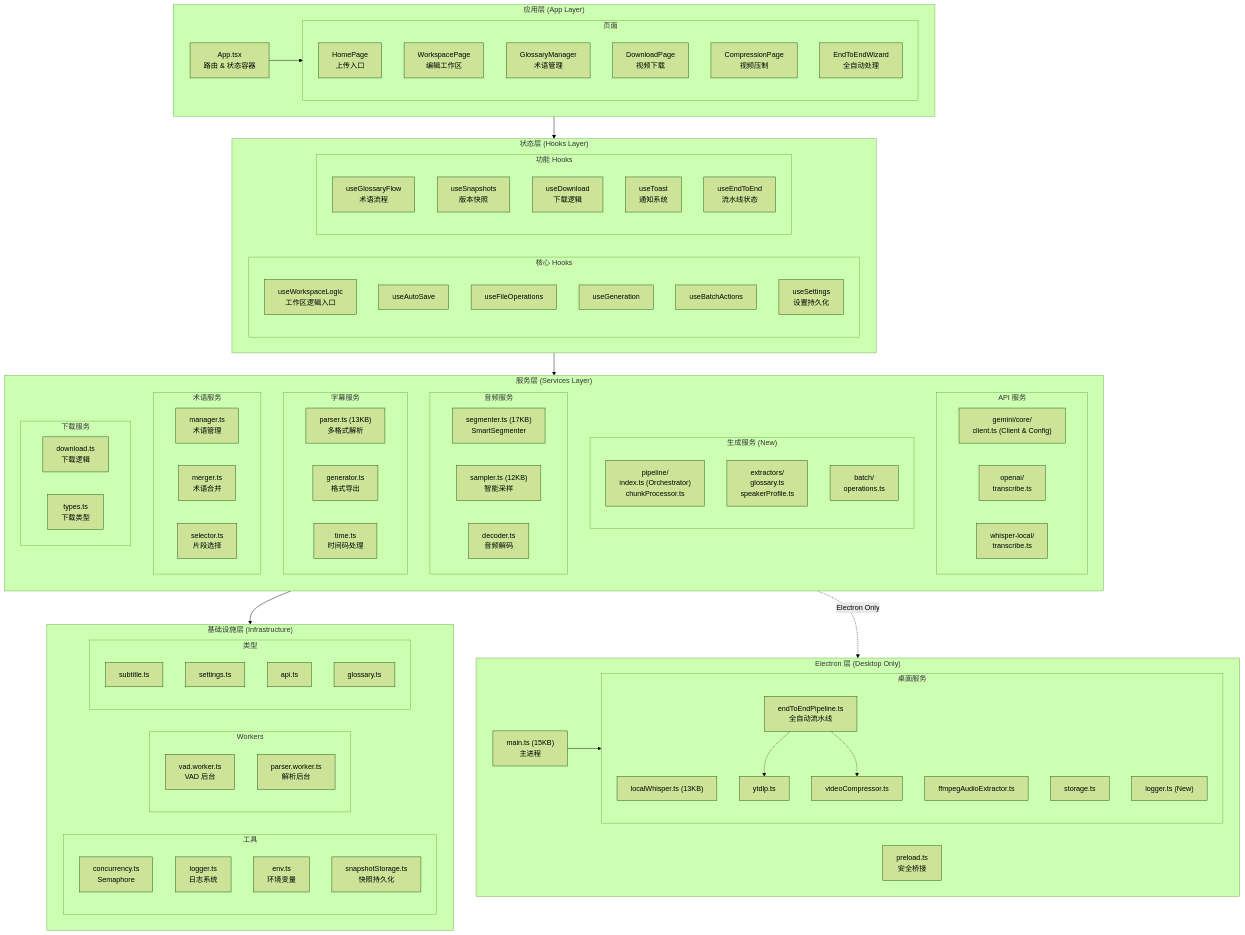
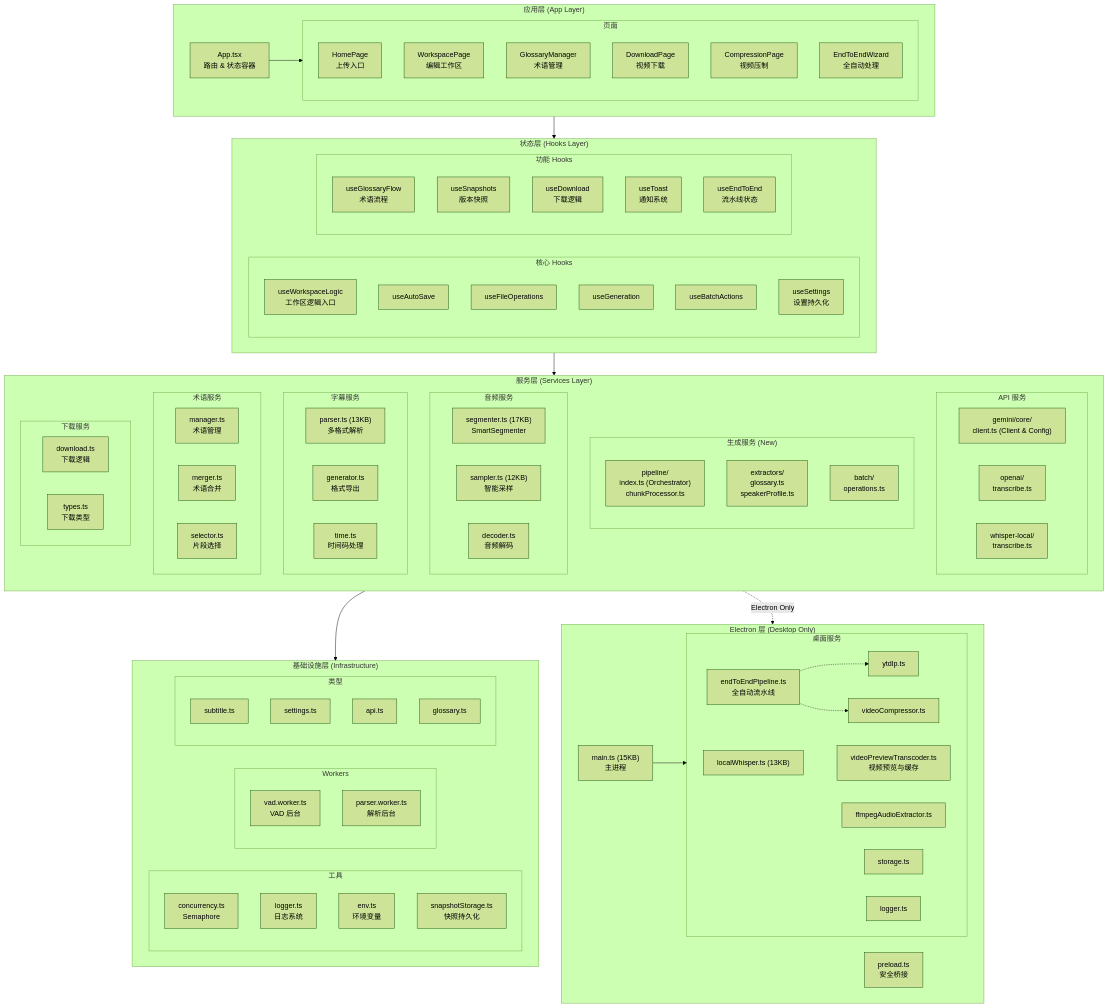
Before and after one commit to corvo007/MioSub: the second of 15 diagrams in docs/ARCHITECTURE_zh.md, drawn with Mermaid (forest theme). The commit also changed other lines of this file and 3 other files, not shown here.

First line of the commit message:
docs: update README and ARCHITECTURE documentation for v2.11.0

```diff
--- a/docs/ARCHITECTURE_zh.md
+++ b/docs/ARCHITECTURE_zh.md
@@ -247,13 +249,15 @@
             COMPRESSOR_SVC["videoCompressor.ts"]
             YTDLP_SVC["ytdlp.ts"]
             PIPELINE_SVC["endToEndPipeline.ts<br/>全自动流水线"]
+            PREVIEW_SVC["videoPreviewTranscoder.ts<br/>视频预览与缓存"]
             STORAGE_SVC["storage.ts"]
-            LOGGER_SVC["logger.ts (New)"]
+            LOGGER_SVC["logger.ts"]
         end
 
         MAIN_PROCESS --> ELECTRON_SVC
         PIPELINE_SVC -.-> YTDLP_SVC
         PIPELINE_SVC -.-> COMPRESSOR_SVC
+        ELECTRON_SVC -.-> PREVIEW_SVC
     end
 
     APP_LAYER --> HOOKS_LAYER
```
